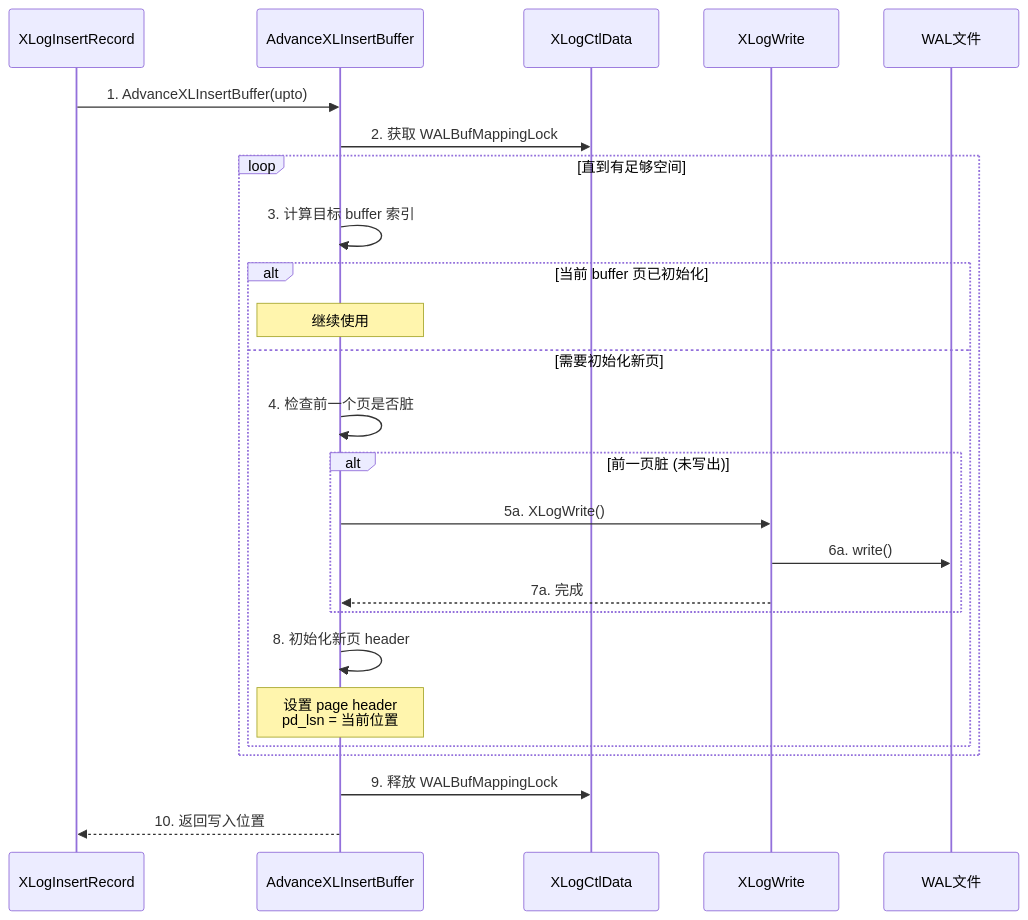
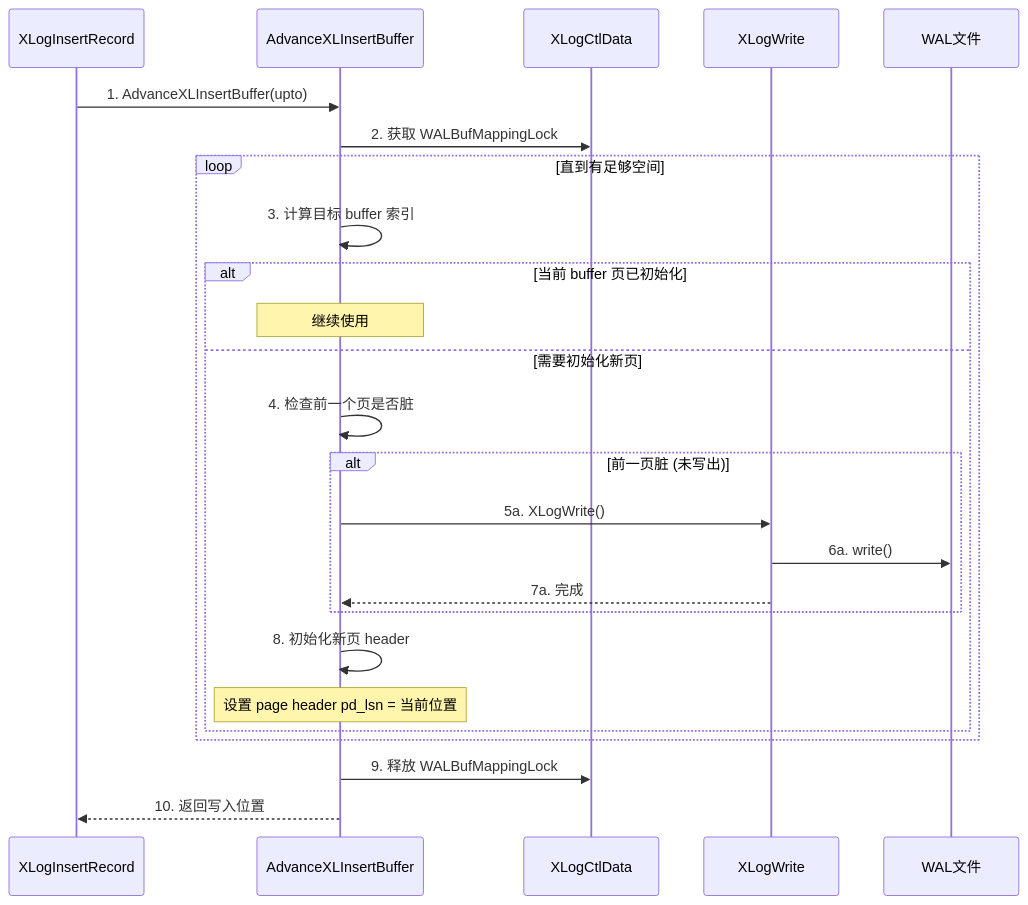
The seventh of 11 diagrams in Database/Postgre/postgre的io流程分析.md (carlvinhust2012/MyStudy), drawn with Mermaid before and after one commit. The commit also changed other lines of this file, not shown here.

Commit message:
update the postgre io flow analysis

````diff
--- a/Database/Postgre/postgre的io流程分析.md
+++ b/Database/Postgre/postgre的io流程分析.md
@@ -532,34 +532,34 @@
 ```mermaid
 sequenceDiagram
     participant Insert as XLogInsertRecord
     participant Advance as AdvanceXLInsertBuffer
     participant XLogCtl as XLogCtlData
     participant Write as XLogWrite
     participant WALFile as WAL文件
 
     Insert->>Advance: 1. AdvanceXLInsertBuffer(upto)
     
     Advance->>XLogCtl: 2. 获取 WALBufMappingLock
     
     loop 直到有足够空间
         Advance->>Advance: 3. 计算目标 buffer 索引
         
         alt 当前 buffer 页已初始化
             Note over Advance: 继续使用
         else 需要初始化新页
             Advance->>Advance: 4. 检查前一个页是否脏
             
             alt 前一页脏 (未写出)
                 Advance->>Write: 5a. XLogWrite()
                 Write->>WALFile: 6a. write()
                 Write-->>Advance: 7a. 完成
             end
             
             Advance->>Advance: 8. 初始化新页 header
-            Note over Advance: 设置 page header<br/>pd_lsn = 当前位置
+            Note over Advance: 设置 page header pd_lsn = 当前位置
         end
     end
     
     Advance->>XLogCtl: 9. 释放 WALBufMappingLock
     Advance-->>Insert: 10. 返回写入位置
 ```
````
